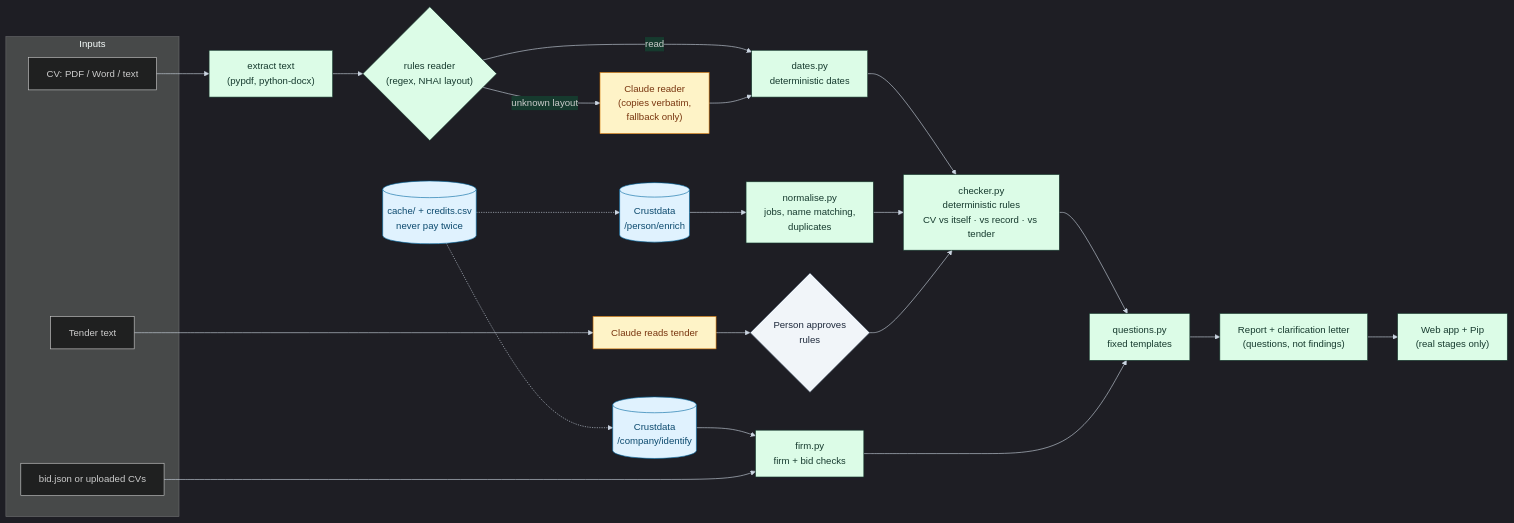
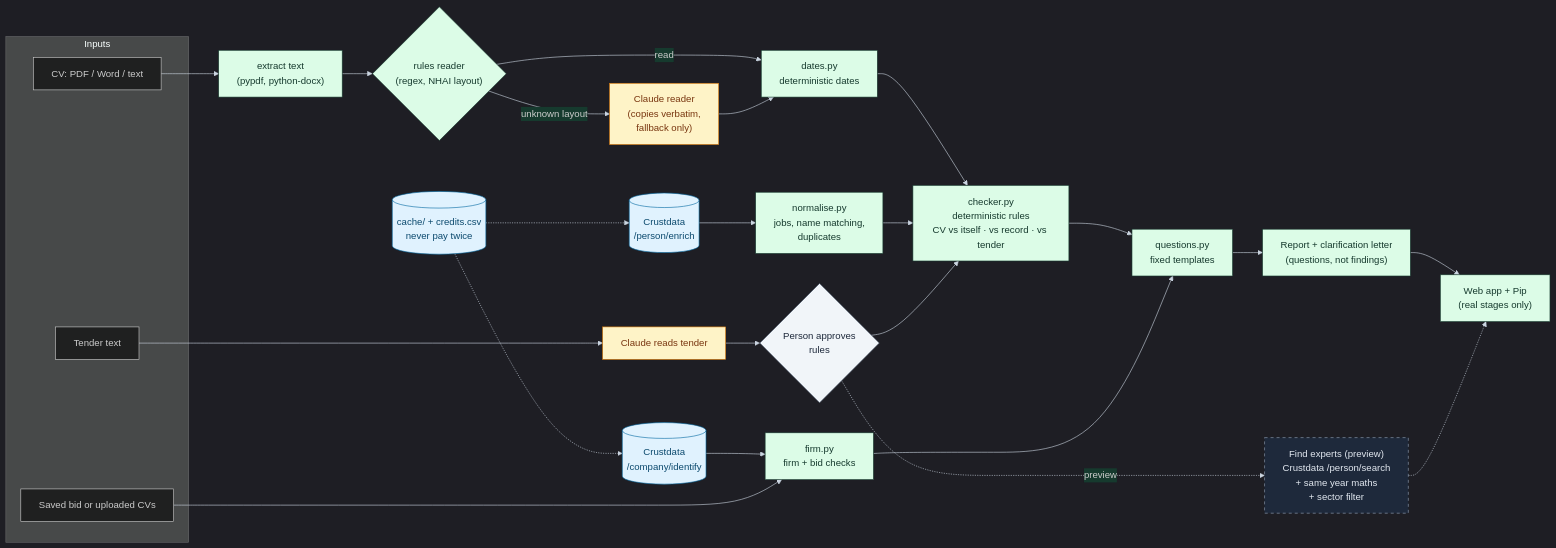
The diagram in README.md (Aaryan-2906/TrueNorth), drawn with Mermaid before and after one commit. The commit also changed other lines of this file and 2 other files, not shown here.

Commit message:
diagram v3: find experts preview branch

````diff
--- a/README.md
+++ b/README.md
@@ -110,33 +110,37 @@
 ```mermaid
 %%{init: {"theme":"dark","themeVariables":{"edgeLabelBackground":"#163A2E","lineColor":"#CBD5E1"}, "flowchart":{"htmlLabels":true}}}%%
 flowchart LR
   subgraph IN["Inputs"]
     T["Tender text"]
     CV["CV: PDF / Word / text"]
-    B["bid.json or uploaded CVs"]
+    B["Saved bid or uploaded CVs"]
   end
   CV --> X["extract text<br/>(pypdf, python-docx)"] --> RR{"rules reader<br/>(regex, NHAI layout)"}
   RR -- "read" --> D["dates.py<br/>deterministic dates"]
   RR -- "unknown layout" --> LLM["Claude reader<br/>(copies verbatim,<br/>fallback only)"] --> D
   T --> PT["Claude reads tender"] --> AP{"Person approves<br/>rules"}
   CD[("Crustdata<br/>/person/enrich")] --> N["normalise.py<br/>jobs, name matching,<br/>duplicates"]
   CI[("Crustdata<br/>/company/identify")] --> F["firm.py<br/>firm + bid checks"]
   B --> F
   D --> CHK["checker.py<br/>deterministic rules<br/>CV vs itself · vs record · vs tender"]
   N --> CHK
   AP --> CHK
   CHK --> Q["questions.py<br/>fixed templates"]
   F --> Q
   Q --> R["Report + clarification letter<br/>(questions, not findings)"] --> UI["Web app + Pip<br/>(real stages only)"]
+  AP -. "preview" .-> FE["Find experts (preview)<br/>Crustdata /person/search<br/>+ same year maths<br/>+ sector filter"]
+  FE -.-> UI
   L[("cache/ + credits.csv<br/>never pay twice")] -.-> CD
   L -.-> CI
 
   classDef ai fill:#FEF3C7,stroke:#D97706,color:#78350F
   classDef ours fill:#DCFCE7,stroke:#163A2E,color:#163A2E
   classDef data fill:#E0F2FE,stroke:#0369A1,color:#0C4A6E
   classDef human fill:#F1F5F9,stroke:#475569,color:#1E293B
+  classDef preview fill:#1E293B,stroke:#94A3B8,color:#E2E8F0,stroke-dasharray: 5 5
   class LLM,PT ai
   class X,RR,D,N,F,CHK,Q,R,UI ours
   class CD,CI,L data
   class AP human
+  class FE preview
 ```
````
